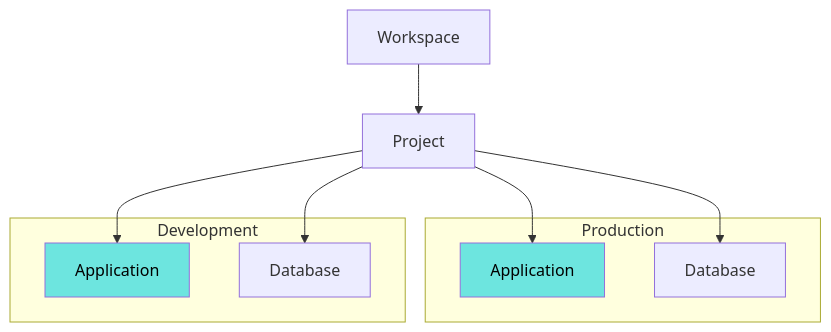
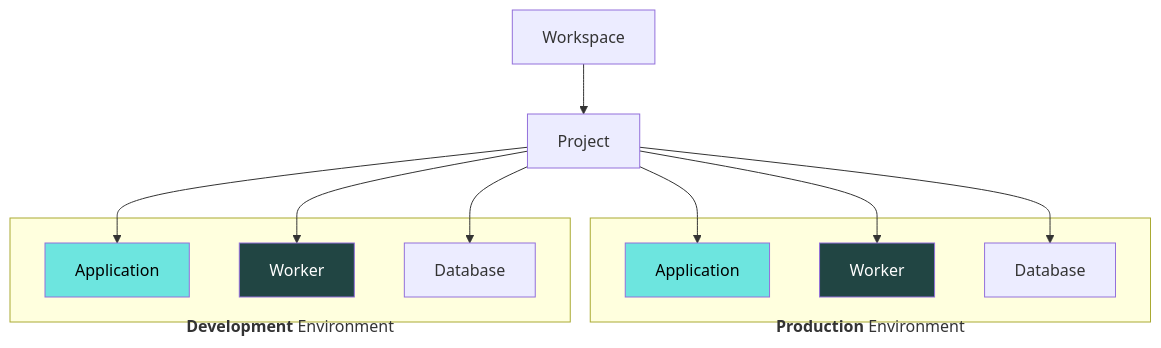
Before and after one commit to fl0zone/fl0-docs: the diagram in docs/platform/applications.md, drawn with Mermaid. The commit also changed other lines of this file and 6 other files, not shown here.

First line of the commit message:
Add documentation on Workers & link platform diagrams to other sections (#36)

````diff
--- a/docs/platform/applications.md
+++ b/docs/platform/applications.md
@@ -11,21 +13,32 @@
 ```mermaid
 flowchart
     workspace1[Workspace]
     project1[Project]
     workspace1 --> project1
     project1 --> app1
+    project1 --> worker1
     project1 --> db1
     project1 --> app2
+    project1 --> worker2
     project1 --> db2
-    subgraph prod [Production]
+    subgraph prod [<br/><br/><br/><br/><b>Production</b> Environment<br/>]
         class prod cssClass
         app2[Application]
+        worker2[Worker]
         db2[Database]
     end
-    subgraph dev [Development]
+    subgraph dev [<br/><br/><br/><br/><b>Development</b> Environment]
         app1[Application]
+        worker1[Worker]
         db1[Database]
     end
-    classDef highlight fill:#6de5df,color:#000;
-    class app1,app2 highlight;
+    classDef highlight-app fill:#6de5df,color:#000;
+    classDef highlight-worker fill:#214543,color:#fff;
+    class app1,app2 highlight-app;
+    class worker1,worker2 highlight-worker;
+    click workspace1 "/docs/platform/workspaces"
+    click project1 "/docs/platform/projects"
+    %% click app1,app2 "/docs/platform/applications"
+    %% click worker1,worker2 "/docs/platform/applications"
+    click db1,db2 "/docs/platform/databases"
 ```
````
